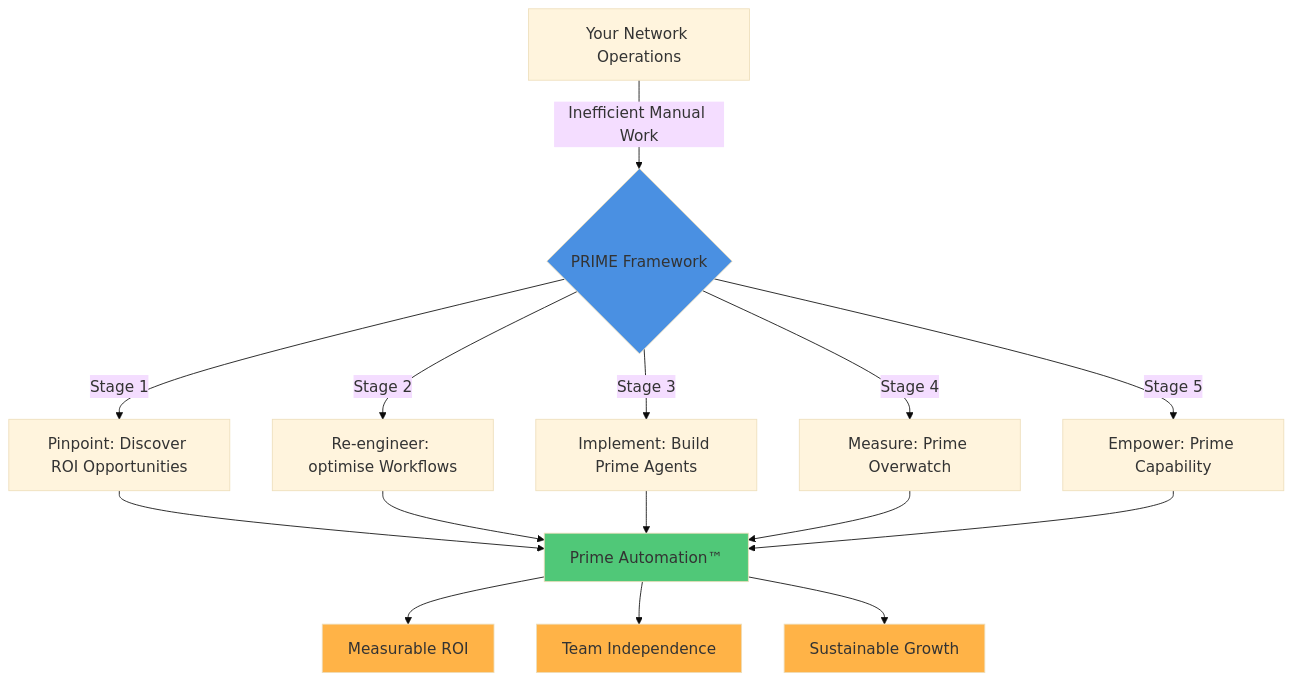
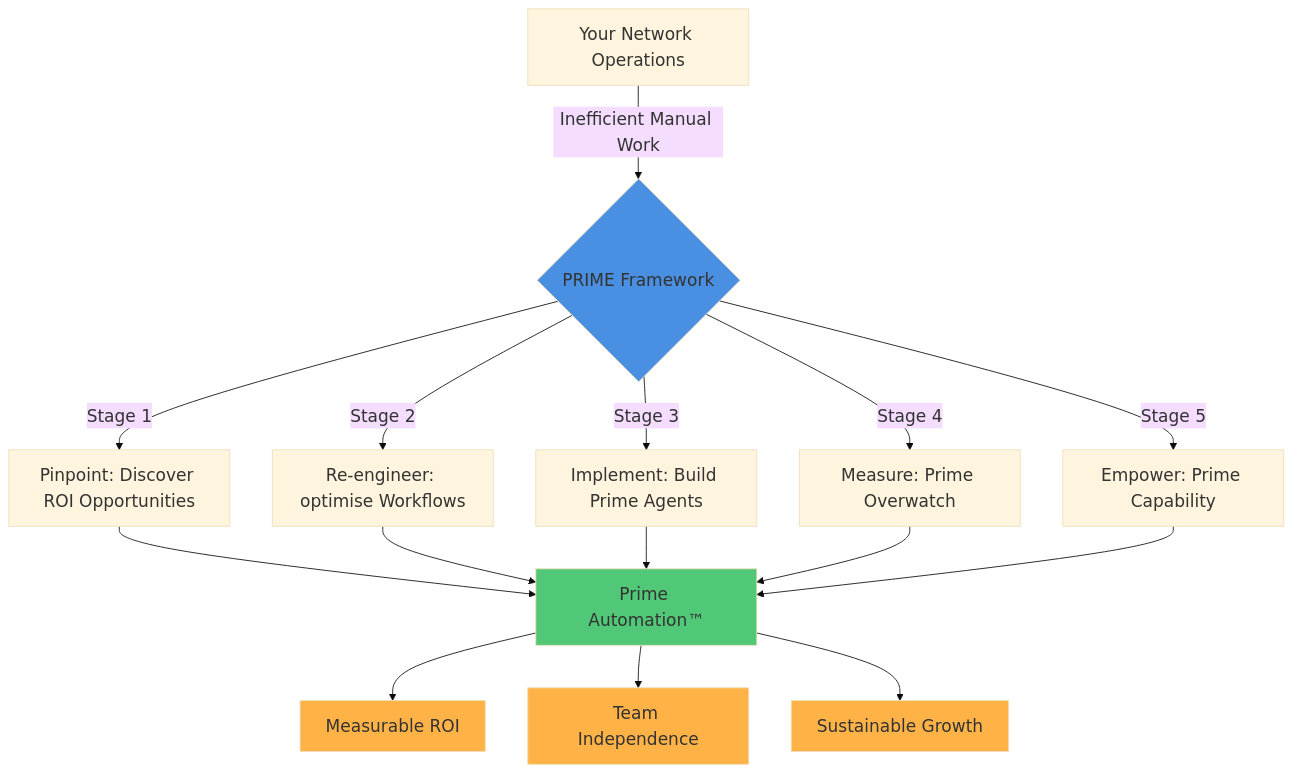
The second of 2 diagrams in docs/prime-framework/index.md (Nautomation-Prime/nautomation-prime.github.io), drawn with Mermaid before and after one commit.

Commit message:
Increased text size on mermaid diagram

````diff
--- a/docs/prime-framework/index.md
+++ b/docs/prime-framework/index.md
@@ -334,26 +334,26 @@
 ```mermaid
-%%{init: {'theme':'base', 'themeVariables': {'fontSize':'18px'}}}%%
+%%{init: {'theme':'base', 'themeVariables': {'fontSize':'20px'}}}%%
 graph TD
     A[Your Network Operations] -->|Inefficient Manual Work| B{PRIME Framework}
     B -->|Stage 1| C[Pinpoint: Discover ROI Opportunities]
     B -->|Stage 2| D[Re-engineer: optimise Workflows]
     B -->|Stage 3| E[Implement: Build Prime Agents]
     B -->|Stage 4| F[Measure: Prime Overwatch]
     B -->|Stage 5| G[Empower: Prime Capability]
     
     C --> H[Prime Automation™]
     D --> H
     E --> H
     F --> H
     G --> H
     
     H --> I[Measurable ROI]
     H --> J[Team Independence]
     H --> K[Sustainable Growth]
     
     style B fill:#4A90E2
     style H fill:#50C878
     style I fill:#FFB347
     style J fill:#FFB347
     style K fill:#FFB347
 ```
````
